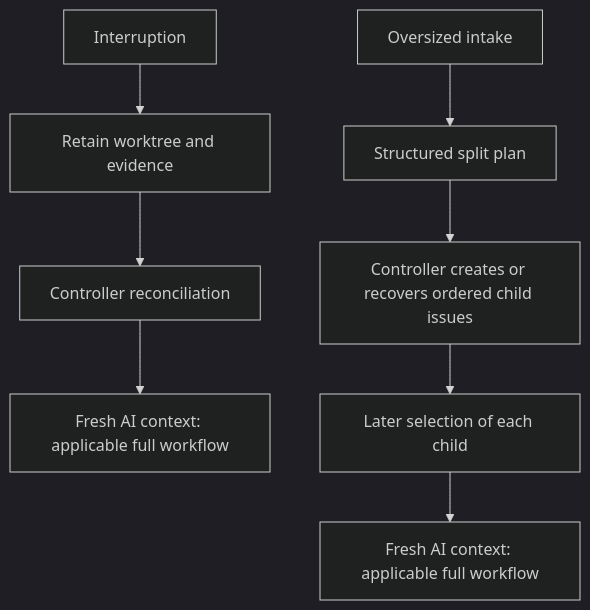
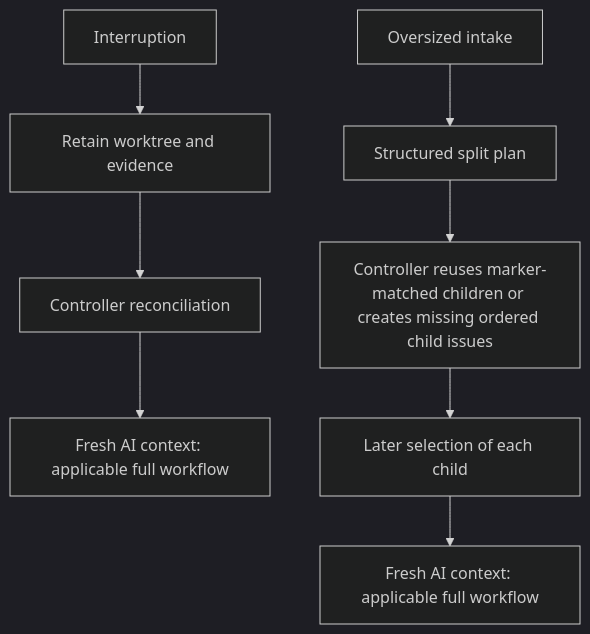
The fifth of 5 diagrams in docs/explanation/agentic-workflow.md (dfwguy/nvis-ova-agentic-copier), drawn with Mermaid (dark theme) before and after one commit. The commit also changed other lines of this file and 28 other files, not shown here.

````diff
--- a/docs/explanation/agentic-workflow.md
+++ b/docs/explanation/agentic-workflow.md
@@ -227,10 +227,10 @@
 ```mermaid
 flowchart TD
     interruption["Interruption"] --> retain["Retain worktree and evidence"]
     retain --> recovery["Controller reconciliation"]
     recovery --> recoveryworkflow["Fresh AI context: applicable full workflow"]
     oversized["Oversized intake"] --> split["Structured split plan"]
-    split --> children["Controller creates or recovers ordered child issues"]
+    split --> children["Controller reuses marker-matched children or creates missing ordered child issues"]
     children --> selection["Later selection of each child"]
     selection --> childworkflow["Fresh AI context: applicable full workflow"]
 ```
````
